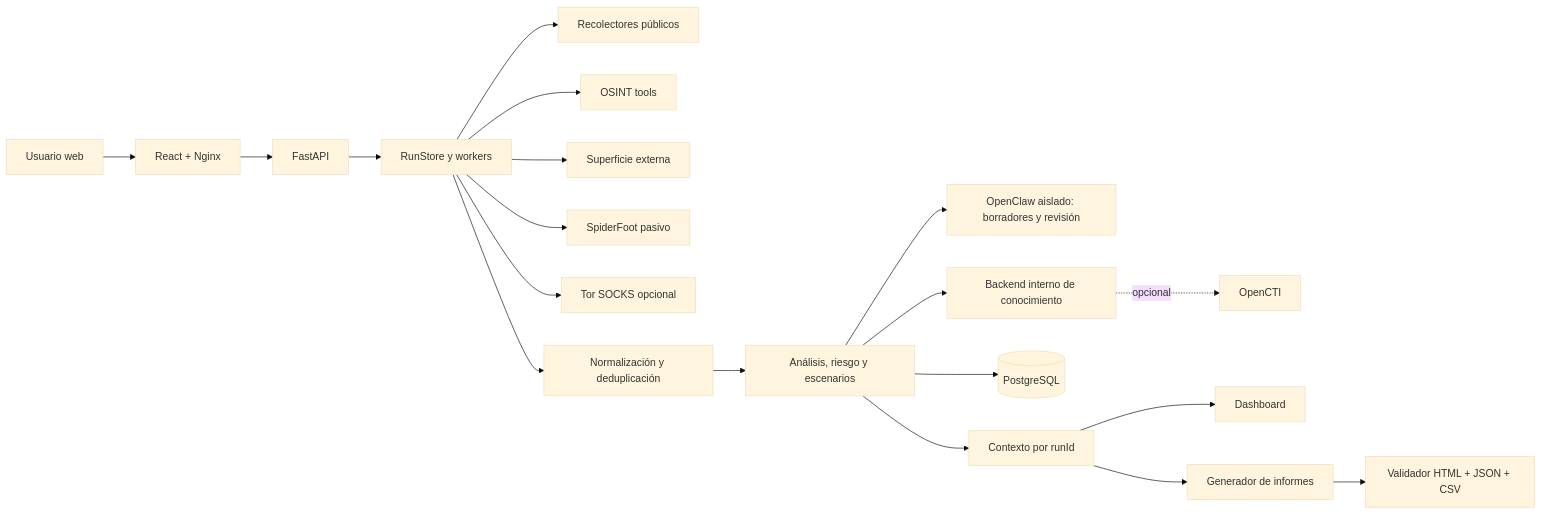
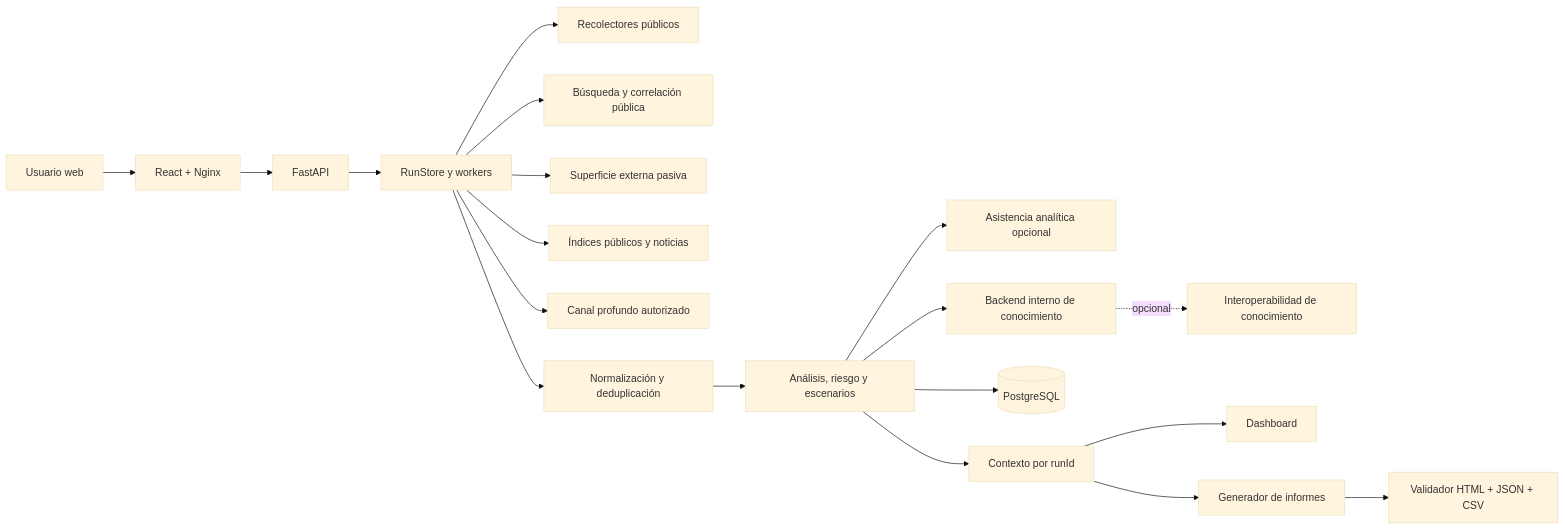
One commit to sr-maximus/CyberDecisionEngine changed the first of 2 diagrams in docs/manual/Manual_Plataforma_Ciberinteligencia.md. Above: the diagram before and after it, drawn with Mermaid (base theme). The commit also changed other lines of this file and 145 other files, not shown here.

````diff
--- a/docs/manual/Manual_Plataforma_Ciberinteligencia.md
+++ b/docs/manual/Manual_Plataforma_Ciberinteligencia.md
@@ -58,21 +60,21 @@
 ```mermaid
 flowchart LR
     U["Usuario web"] --> W["React + Nginx"]
     W --> A["FastAPI"]
     A --> R["RunStore y workers"]
     R --> C["Recolectores públicos"]
-    R --> S1["OSINT tools"]
-    R --> S2["Superficie externa"]
-    R --> S3["SpiderFoot pasivo"]
-    R --> T["Tor SOCKS opcional"]
+    R --> S1["Búsqueda y correlación pública"]
+    R --> S2["Superficie externa pasiva"]
+    R --> S3["Índices públicos y noticias"]
+    R --> T["Canal profundo autorizado"]
     R --> P["Normalización y deduplicación"]
     P --> M["Análisis, riesgo y escenarios"]
-    M --> AI["OpenClaw aislado: borradores y revisión"]
+    M --> AI["Asistencia analítica opcional"]
     M --> K["Backend interno de conocimiento"]
-    K -. "opcional" .-> O["OpenCTI"]
+    K -. "opcional" .-> O["Interoperabilidad de conocimiento"]
     M --> DB[("PostgreSQL")]
     M --> F["Contexto por runId"]
     F --> D["Dashboard"]
     F --> G["Generador de informes"]
     G --> V["Validador HTML + JSON + CSV"]
 ```
````
